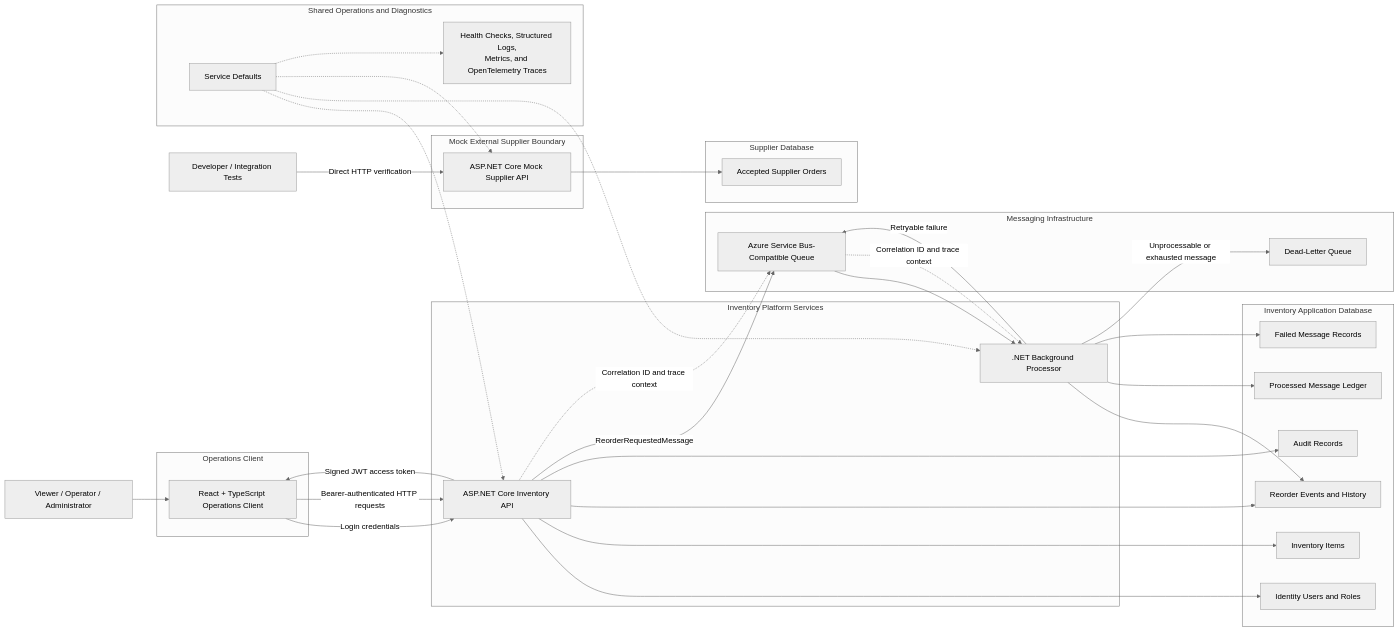
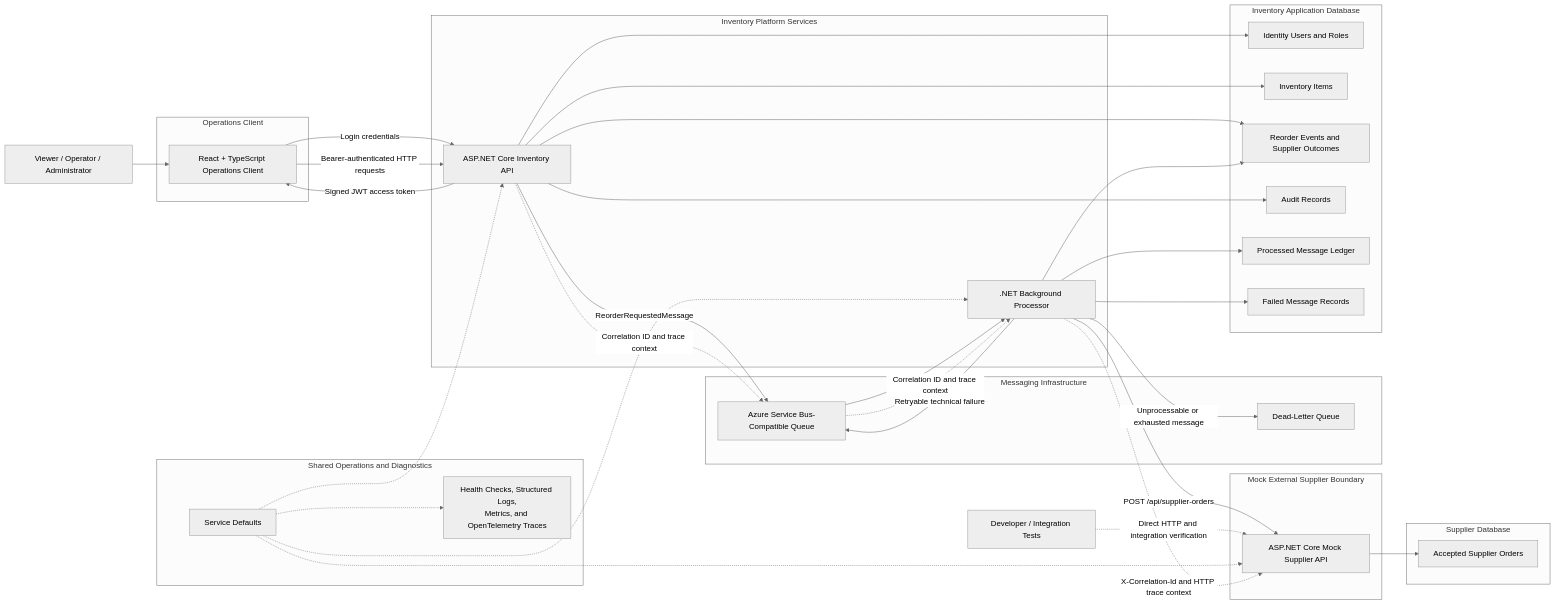
The diagram in docs/architecture.md (w-cook/event-driven-inventory-reorder-platform), drawn with Mermaid (neutral theme) before and after one commit. The commit also changed other lines of this file and 12 other files, not shown here.

````diff
--- a/docs/architecture.md
+++ b/docs/architecture.md
@@ -11,70 +9,72 @@
 ```mermaid
 flowchart LR
     User["Viewer / Operator / Administrator"]
     Developer["Developer / Integration Tests"]
 
     subgraph Client["Operations Client"]
         React["React + TypeScript Operations Client"]
     end
 
     subgraph Application["Inventory Platform Services"]
         API["ASP.NET Core Inventory API"]
         Processor[".NET Background Processor"]
     end
 
     subgraph SupplierBoundary["Mock External Supplier Boundary"]
         SupplierApi["ASP.NET Core Mock Supplier API"]
     end
 
     subgraph Messaging["Messaging Infrastructure"]
         Queue["Azure Service Bus-Compatible Queue"]
         DLQ["Dead-Letter Queue"]
     end
 
     subgraph ApplicationPersistence["Inventory Application Database"]
         Identity["Identity Users and Roles"]
         Inventory["Inventory Items"]
-        Reorders["Reorder Events and History"]
+        Reorders["Reorder Events and Supplier Outcomes"]
         Audit["Audit Records"]
         Processed["Processed Message Ledger"]
         Failed["Failed Message Records"]
     end
 
     subgraph SupplierPersistence["Supplier Database"]
         SupplierOrders["Accepted Supplier Orders"]
     end
 
     subgraph Observability["Shared Operations and Diagnostics"]
         ServiceDefaults["Service Defaults"]
         Telemetry["Health Checks, Structured Logs,\nMetrics, and OpenTelemetry Traces"]
     end
 
     User --> React
     React -->|"Login credentials"| API
     API -->|"Signed JWT access token"| React
     React -->|"Bearer-authenticated HTTP requests"| API
 
     API --> Identity
     API --> Inventory
     API --> Reorders
     API --> Audit
     API -->|"ReorderRequestedMessage"| Queue
 
     Queue --> Processor
+    Processor -->|"POST /api/supplier-orders"| SupplierApi
+    SupplierApi --> SupplierOrders
     Processor --> Reorders
     Processor --> Processed
     Processor --> Failed
-    Processor -->|"Retryable failure"| Queue
+    Processor -->|"Retryable technical failure"| Queue
     Processor -->|"Unprocessable or exhausted message"| DLQ
 
-    Developer -->|"Direct HTTP verification"| SupplierApi
-    SupplierApi --> SupplierOrders
+    Developer -.->|"Direct HTTP and integration verification"| SupplierApi
 
     ServiceDefaults -.-> API
     ServiceDefaults -.-> Processor
     ServiceDefaults -.-> SupplierApi
     ServiceDefaults -.-> Telemetry
 
     API -.->|"Correlation ID and trace context"| Queue
     Queue -.->|"Correlation ID and trace context"| Processor
+    Processor -.->|"X-Correlation-Id and HTTP trace context"| SupplierApi
 ```
````
